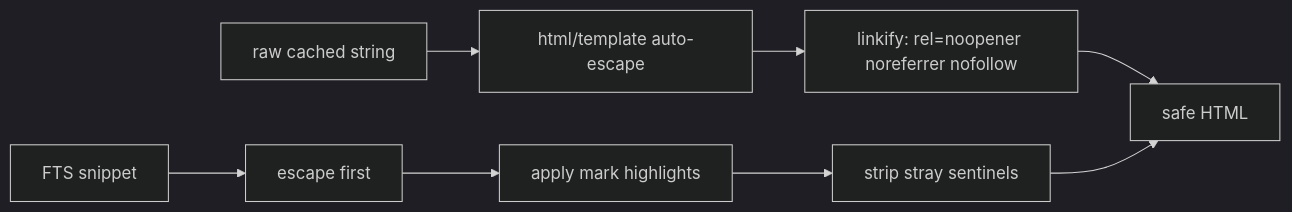
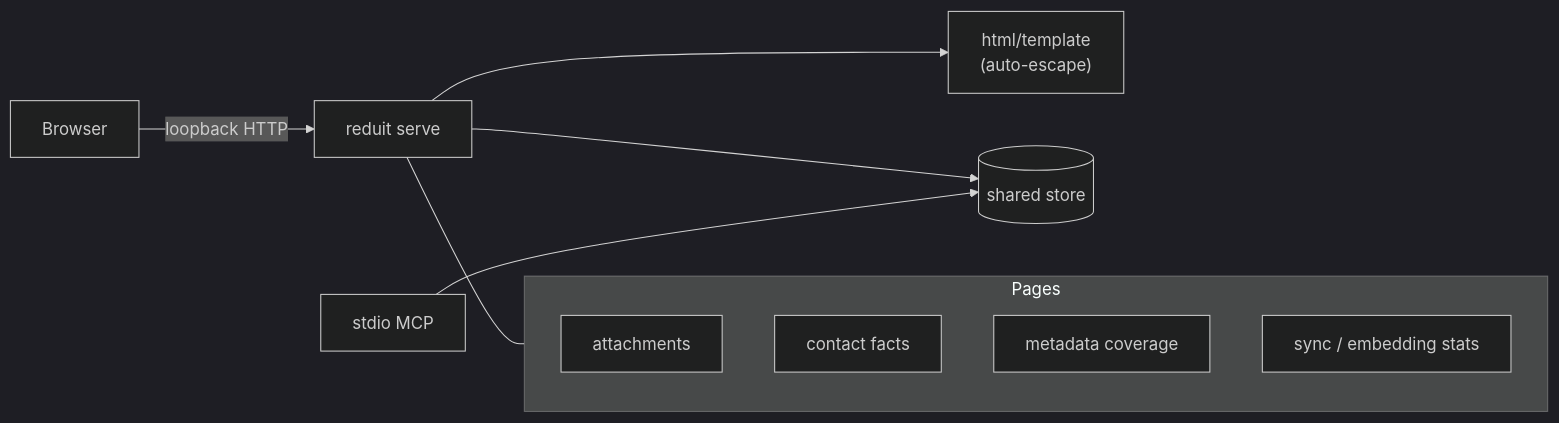
Before and after one commit to joestump/reduit: the diagram in docs/openspec/specs/local-ui/design.md, drawn with Mermaid (dark theme). The commit also changed other lines of this file and 3 other files, not shown here.

````diff
--- a/docs/openspec/specs/local-ui/design.md
+++ b/docs/openspec/specs/local-ui/design.md
@@ -117,10 +16,14 @@
 ```mermaid
 flowchart LR
-    Raw[raw cached string] --> Esc[html/template auto-escape]
-    Esc --> Link[linkify: rel=noopener noreferrer nofollow]
-    Link --> Out[safe HTML]
-    Snip[FTS snippet] --> EscS[escape first]
-    EscS --> Mark[apply mark highlights]
-    Mark --> StripSentinel[strip stray sentinels]
-    StripSentinel --> Out
+    B[Browser] -->|loopback HTTP| S[reduit serve]
+    S --> T["html/template\n(auto-escape)"]
+    S --> ST[(shared store)]
+    MCP[stdio MCP] --> ST
+    subgraph pages [Pages]
+        P1[attachments]
+        P2[contact facts]
+        P3[metadata coverage]
+        P4[sync / embedding stats]
+    end
+    S --- pages
 ```
````
